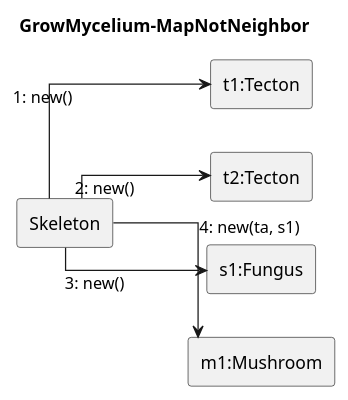
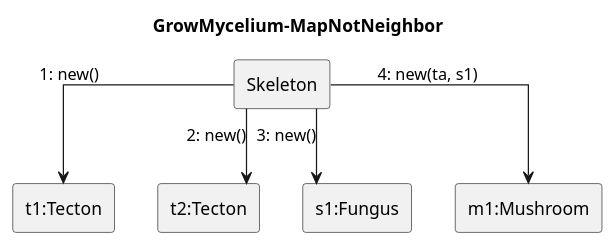
One commit to ZD4ve/projlab-error521 changed the diagram in Skeleton/Grow-mycelium/map-not-neighbor.pu. Above: the diagram before and after it, drawn with PlantUML. The commit also changed 3 other files, not shown here.

```diff
--- a/Skeleton/Grow-mycelium/map-not-neighbor.pu
+++ b/Skeleton/Grow-mycelium/map-not-neighbor.pu
@@ -1,19 +1,20 @@
-@startuml
+@startuml Grow-mycelium/map-not-neighbor
 skinparam linetype ortho
-left to right direction
+'left to right direction
 title GrowMycelium-MapNotNeighbor
 
 rectangle Skeleton
 
 rectangle "t1:Tecton" as t1
 rectangle "t2:Tecton" as t2
 rectangle "s1:Fungus" as s1
 rectangle "m1:Mushroom" as m1
 
 Skeleton --> t1: 1: new()
 Skeleton --> t2: 2: new()
 Skeleton --> s1: 3: new()
 Skeleton --> m1: 4: new(ta, s1)
+'TODO ez így még nem lesz jó, nincs minden attr. beallitva
 
 
 @enduml
```
